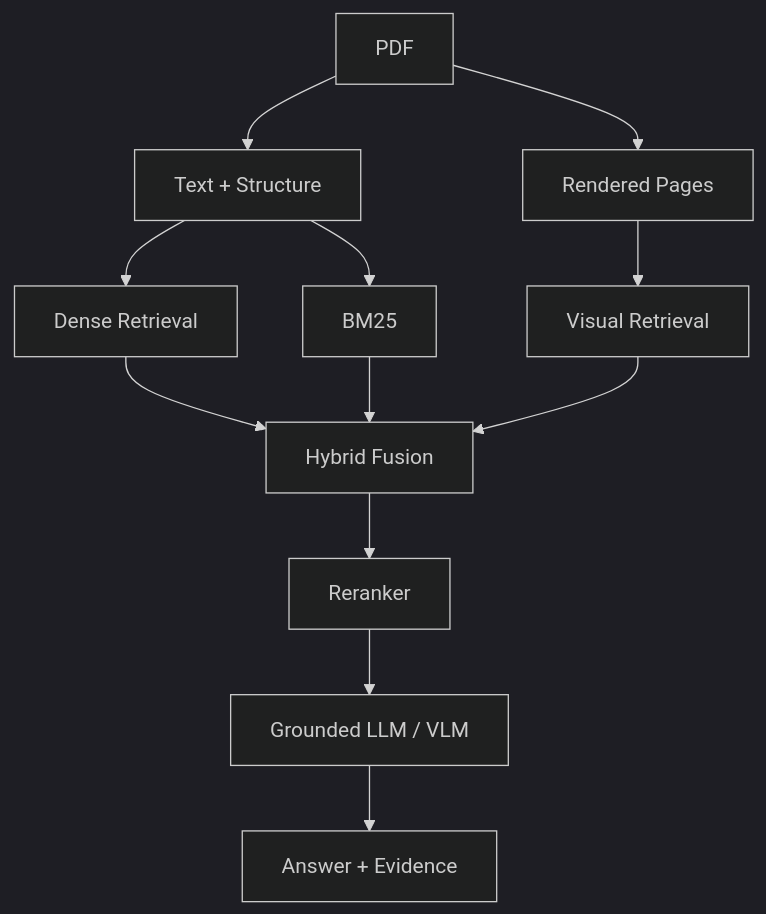
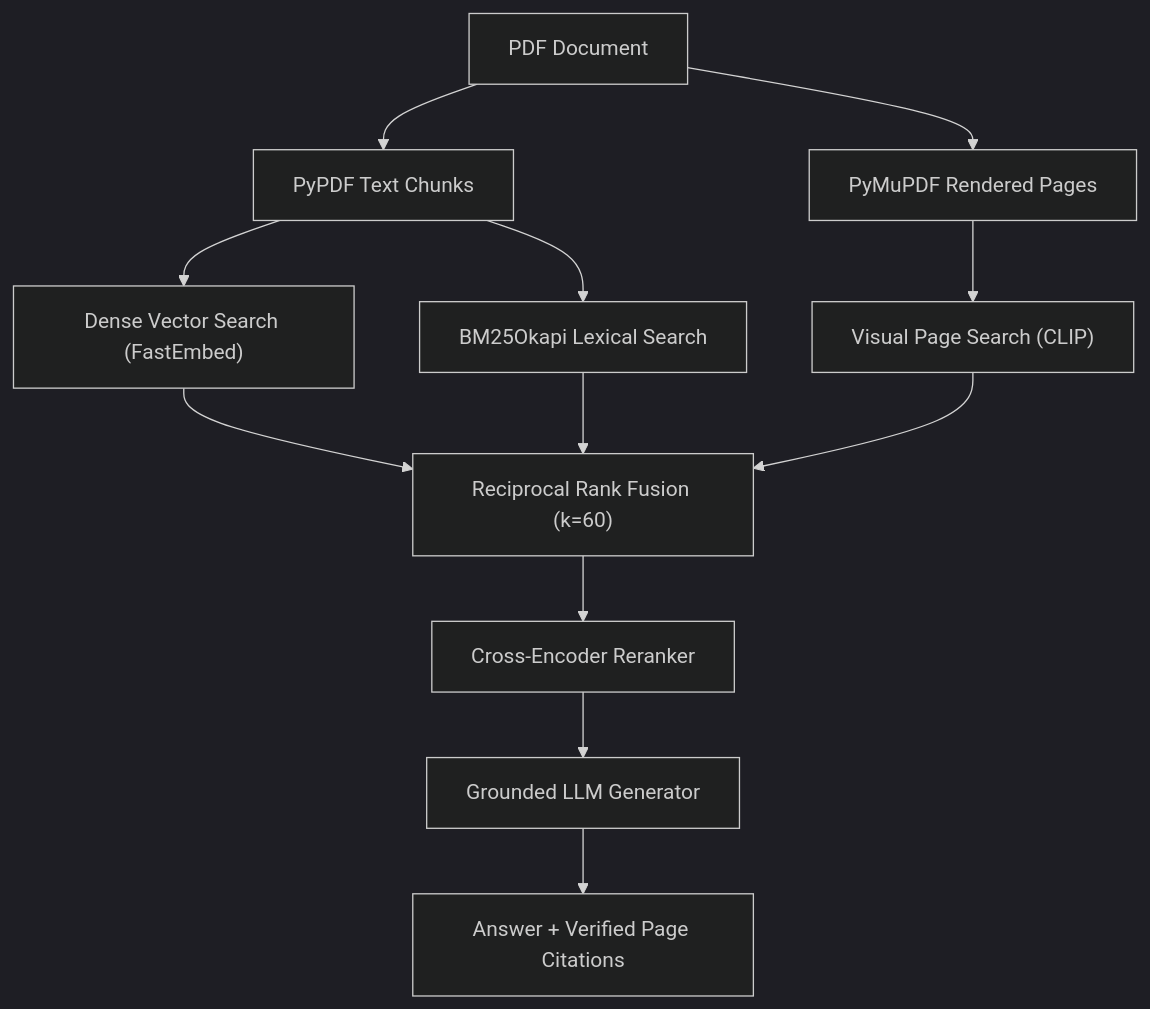
One commit to Tech-Siddhant/doculens-ai changed diagram 23 of 26 in docs/architecture.md. Above: the diagram before and after it, drawn with Mermaid (dark theme). The commit also changed other lines of this file and 3 other files, not shown here.

Commit message:
docs: finalize architecture consistency and deployment config

````diff
--- a/docs/architecture.md
+++ b/docs/architecture.md
@@ -1347,39 +1338,39 @@
 ```mermaid
 flowchart TB
 
-    PDF["PDF"]
+    PDF["PDF Document"]
 
-    TEXT["Text + Structure"]
+    TEXT["PyPDF Text Chunks"]
 
-    PAGES["Rendered Pages"]
+    PAGES["PyMuPDF Rendered Pages"]
 
-    DENSE["Dense Retrieval"]
+    DENSE["Dense Vector Search (FastEmbed)"]
 
-    BM25["BM25"]
+    BM25["BM25Okapi Lexical Search"]
 
-    VISUAL["Visual Retrieval"]
+    VISUAL["Visual Page Search (CLIP)"]
 
-    FUSION["Hybrid Fusion"]
+    FUSION["Reciprocal Rank Fusion (k=60)"]
 
-    RERANK["Reranker"]
+    RERANK["Cross-Encoder Reranker"]
 
-    GENERATE["Grounded LLM / VLM"]
+    GENERATE["Grounded LLM Generator"]
 
-    RESPONSE["Answer + Evidence"]
+    RESPONSE["Answer + Verified Page Citations"]
 
     PDF --> TEXT
     PDF --> PAGES
 
     TEXT --> DENSE
     TEXT --> BM25
     PAGES --> VISUAL
 
     DENSE --> FUSION
     BM25 --> FUSION
     VISUAL --> FUSION
 
     FUSION --> RERANK
     RERANK --> GENERATE
 
     GENERATE --> RESPONSE
 ```
````
